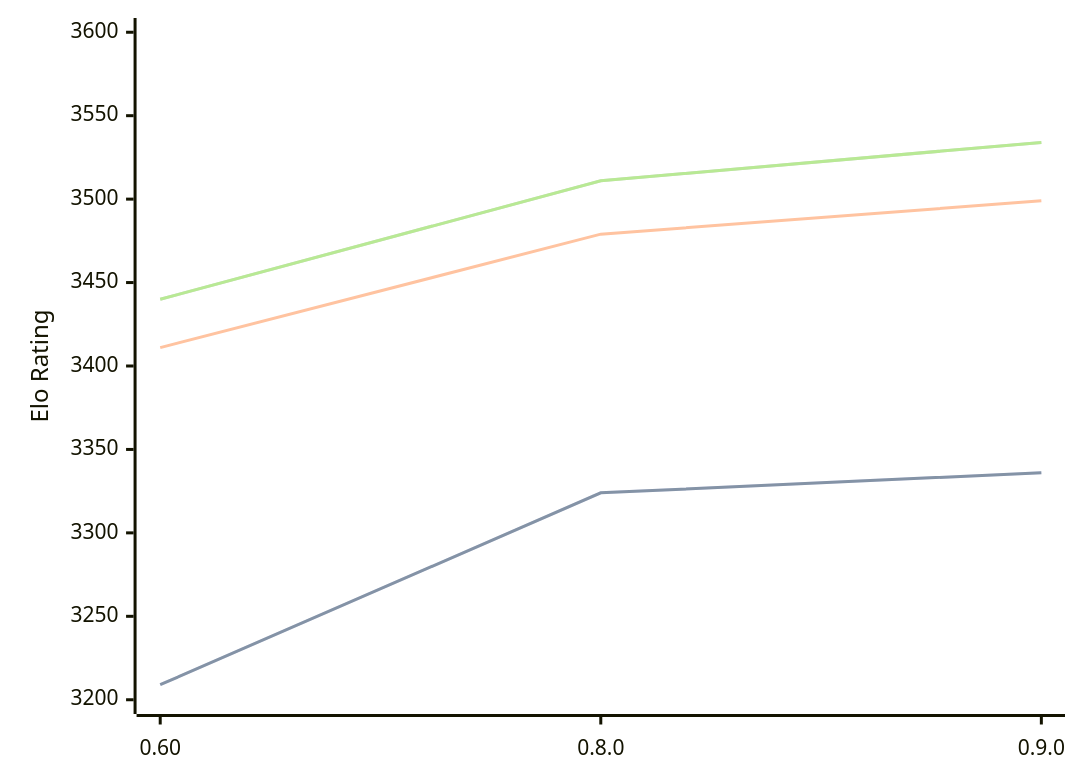
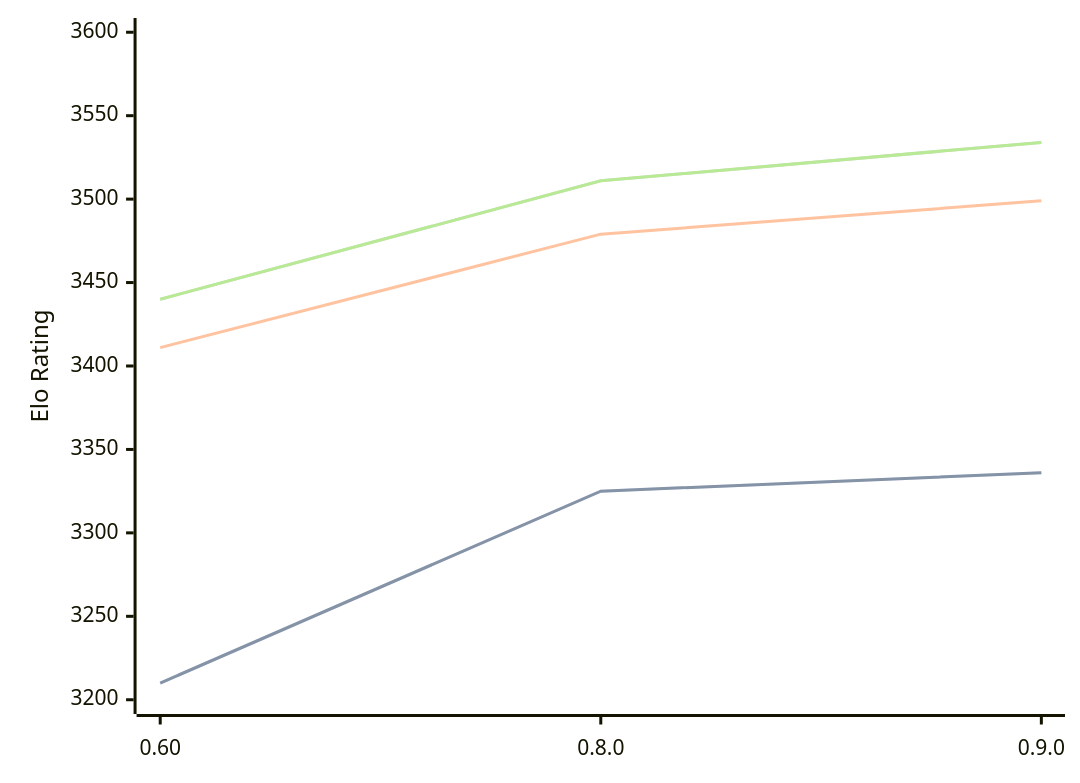
One commit to computer-chess-index/cci changed the diagram in engines/Motor.md. Above: the diagram before and after it, drawn with Mermaid. The commit also changed other lines of this file, not shown here.

````diff
--- a/engines/Motor.md
+++ b/engines/Motor.md
@@ -33,11 +33,11 @@
 ```mermaid
 %%{init: {"theme":"base","themeVariables":{"seriesColors:['#a3a3a3','#222221','#faa371']}}}%%
 xychart-beta
   x-axis ["0.60", "0.8.0", "0.9.0"]
   y-axis "Elo Rating" 3200 --> 3600
-  line "" [3209, 3324, 3336]
-  line "STC (8.0+0.08s)" [3209, 3324, 3336]
+  line "" [3210, 3325, 3336]
+  line "STC (8.0+0.08s)" [3210, 3325, 3336]
   line "LTC (60.0+0.60s)" [3411, 3479, 3499]
   line "" [3440, 3511, 3534]
   line "VLTC (2m24s+1.12s)" [3440, 3511, 3534]
 ```
````
